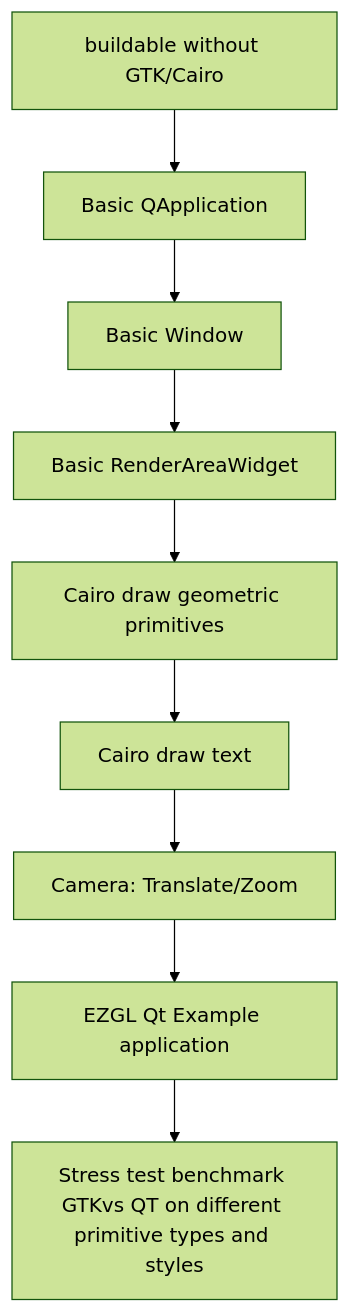
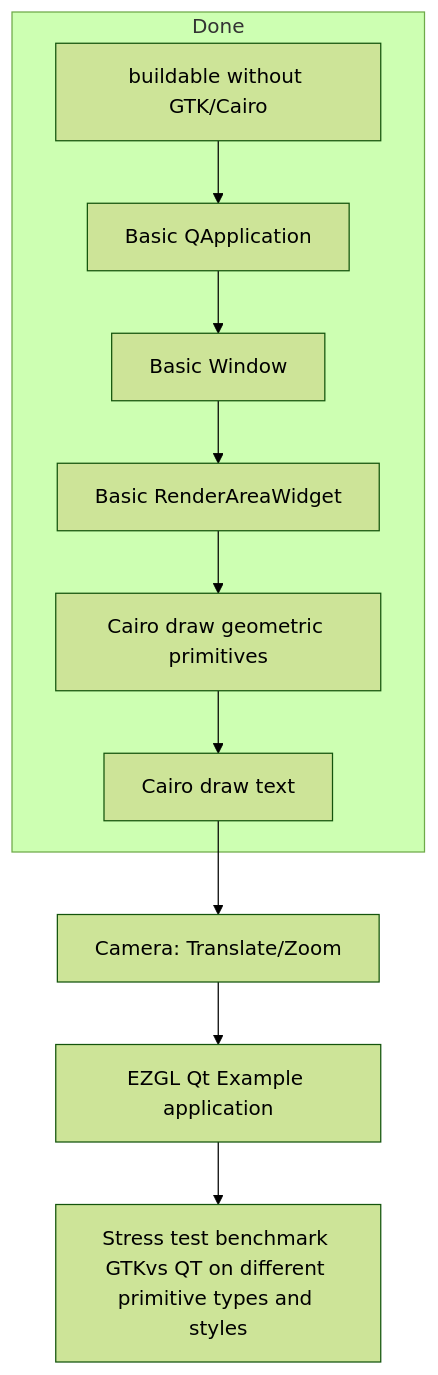
Before and after one commit to w0lek/ezgl: the fifth of 5 diagrams in doc/qtport.md, drawn with Mermaid (forest theme). The commit also changed other lines of this file, not shown here.

Commit message:
checkpoint

````diff
--- a/doc/qtport.md
+++ b/doc/qtport.md
@@ -292,12 +292,21 @@
 ```mermaid
 flowchart TD
-ezgl_frame_buildable_without_gtk[buildable without GTK/Cairo] -->
+  ezgl_frame_buildable_without_gtk[buildable without GTK/Cairo] -->
   basic_qapp[Basic QApplication] -->
   basic_window[Basic Window] -->
   basic_render_area_widget[Basic RenderAreaWidget] -->
   cairo_draw_primitives[Cairo draw geometric primitives] -->
   cairo_draw_text[Cairo draw text] -->
   camera_translate_zoom[Camera: Translate/Zoom] -->
   draw_example_app[EZGL Qt Example application] -->
   stress_test_benchmark[Stress test benchmark GTKvs QT on different primitive types and styles]
+
+  subgraph status [Done]
+    ezgl_frame_buildable_without_gtk
+    basic_qapp
+    basic_window
+    basic_render_area_widget
+    cairo_draw_primitives
+    cairo_draw_text
+  end
  ```
````
